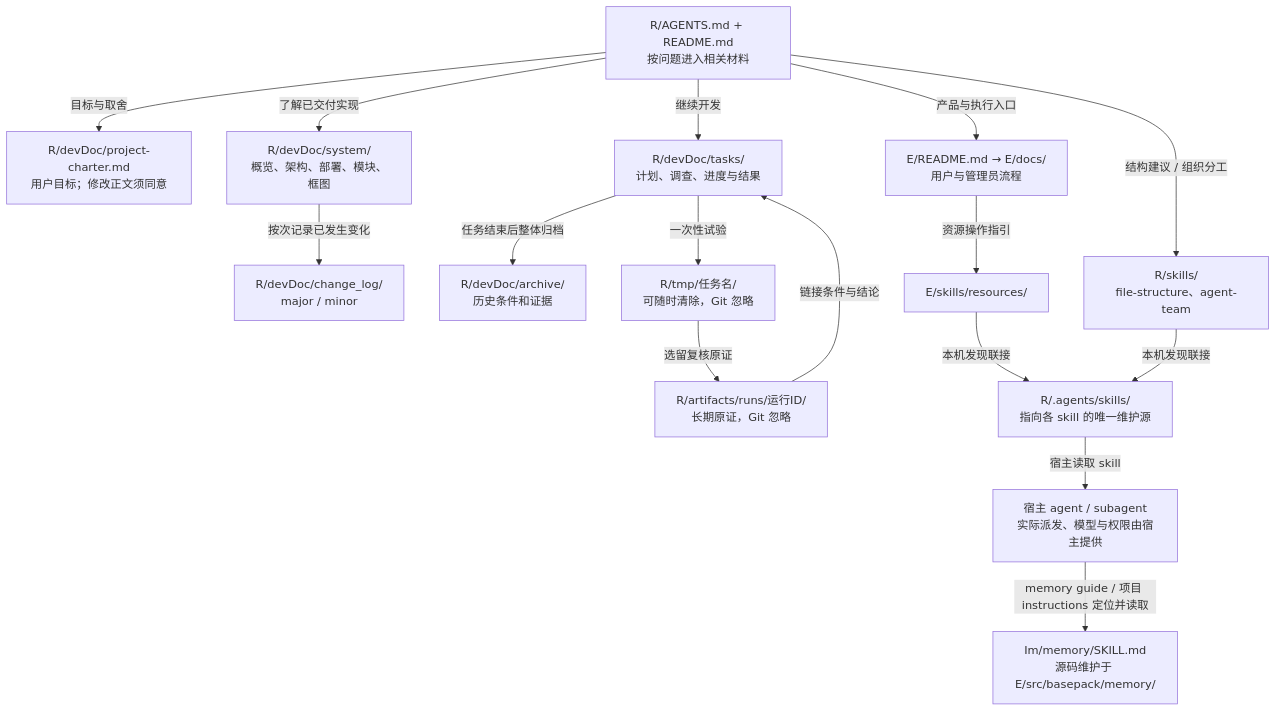
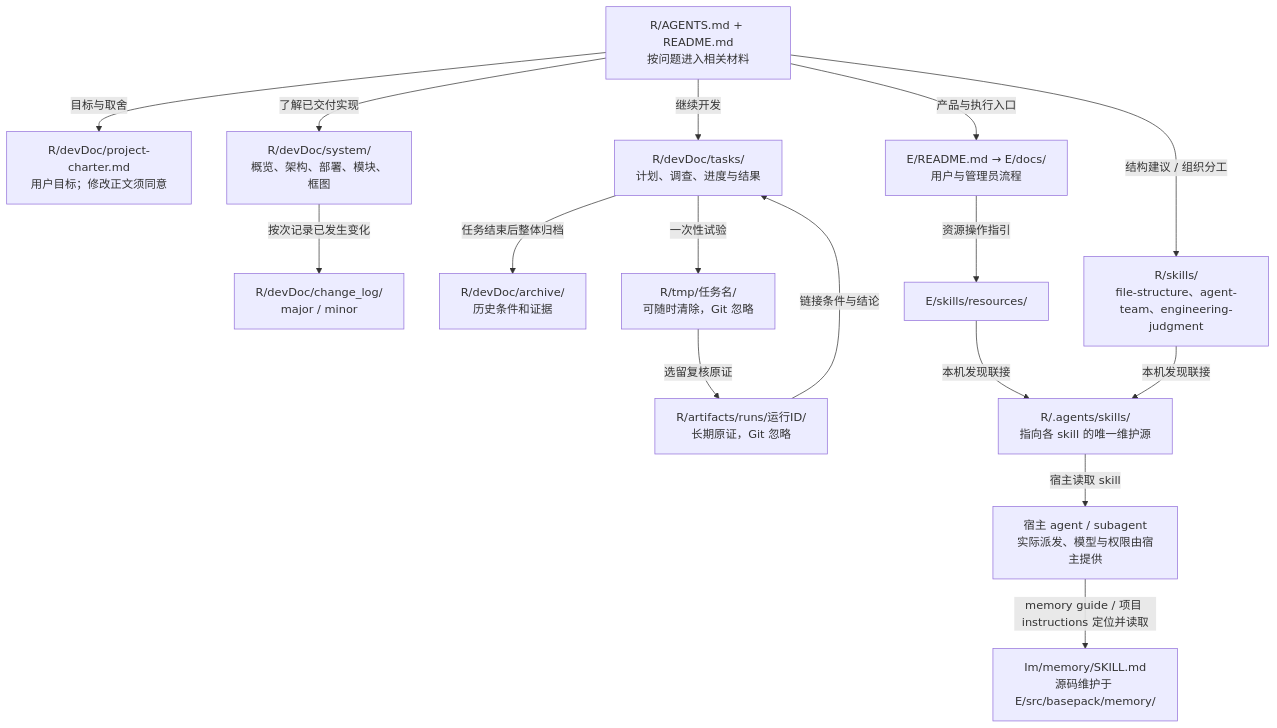
Before and after one commit to YS-Pan/basePack: the eighth of 8 diagrams in devDoc/system/diagrams.md, drawn with Mermaid. The commit also changed other lines of this file and 54 other files, not shown here.

````diff
--- a/devDoc/system/diagrams.md
+++ b/devDoc/system/diagrams.md
@@ -207,19 +215,19 @@
 ```mermaid
 flowchart TB
   entry["R/AGENTS.md + README.md<br/>按问题进入相关材料"]
   entry -->|目标与取舍| charter["R/devDoc/project-charter.md<br/>用户目标；修改正文须同意"]
   entry -->|了解已交付实现| system["R/devDoc/system/<br/>概览、架构、部署、模块、框图"]
   entry -->|继续开发| tasks["R/devDoc/tasks/<br/>计划、调查、进度与结果"]
   tasks -->|任务结束后整体归档| archive["R/devDoc/archive/<br/>历史条件和证据"]
   entry -->|产品与执行入口| route["E/README.md → E/docs/<br/>用户与管理员流程"]
-  entry -->|结构建议 / 组织分工| general["R/skills/<br/>file-structure、agent-team"]
+  entry -->|结构建议 / 组织分工| general["R/skills/<br/>file-structure、agent-team、engineering-judgment"]
   route -->|资源操作指引| resources["E/skills/resources/"]
   general -->|本机发现联接| junction["R/.agents/skills/<br/>指向各 skill 的唯一维护源"]
   resources -->|本机发现联接| junction
   junction -->|宿主读取 skill| host["宿主 agent / subagent<br/>实际派发、模型与权限由宿主提供"]
   host -->|memory guide / 项目 instructions 定位并读取| memory["Im/memory/SKILL.md<br/>源码维护于 E/src/basepack/memory/"]
   tasks -->|一次性试验| temp["R/tmp/任务名/<br/>可随时清除，Git 忽略"]
   temp -->|选留复核原证| evidence["R/artifacts/runs/运行ID/<br/>长期原证，Git 忽略"]
   evidence -->|链接条件与结论| tasks
   system -->|按次记录已发生变化| changes["R/devDoc/change_log/<br/>major / minor"]
 ```
````
